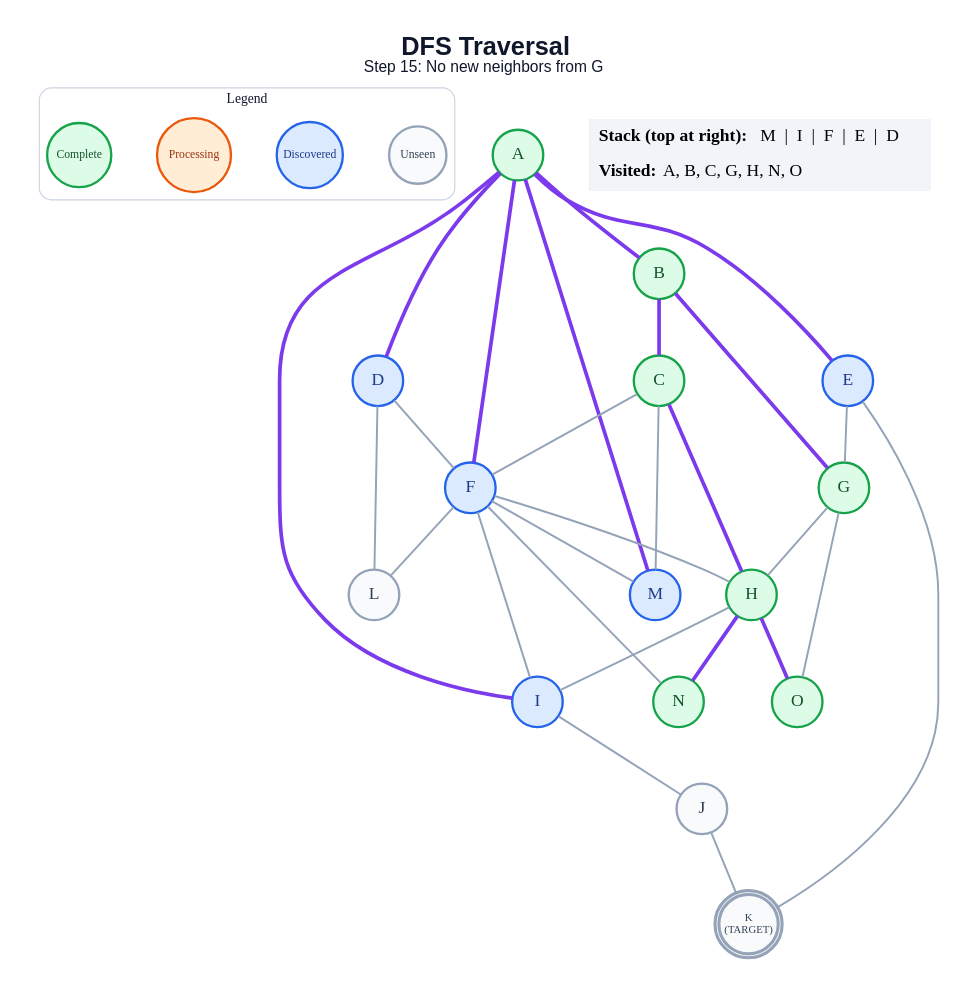
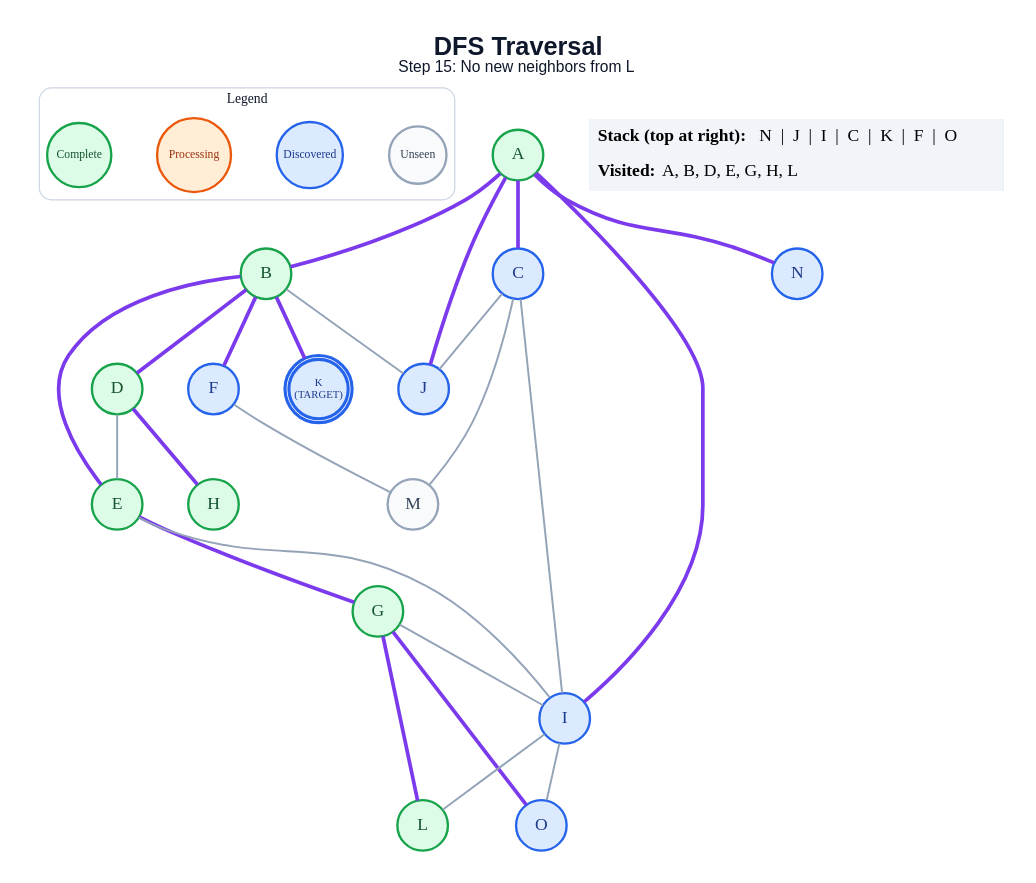
The diagram in generated/dfs/step_15.dot (anon7238593-create/ai-slop), drawn with Graphviz before and after one commit. The commit also changed 273 other files, not shown here.

```diff
--- a/generated/dfs/step_15.dot
+++ b/generated/dfs/step_15.dot
@@ -1,61 +1,57 @@
 graph traversal {
   graph [layout=dot, rankdir=TB, bgcolor="#FFFFFF", pad="0.35", nodesep="0.65", ranksep="0.8", fontname="Arial"];
   node [shape=circle, style="filled", fontname="Arial Bold", fontsize=18, width=0.72, fixedsize=true, penwidth=2.4];
   edge [color="#94A3B8", penwidth=2.0];
-  label=<<B>DFS Traversal</B><BR/><FONT POINT-SIZE="16">Step 15: No new neighbors from G</FONT>>; labelloc="t"; fontsize=26; fontname="Arial"; fontcolor="#0F172A";
+  label=<<B>DFS Traversal</B><BR/><FONT POINT-SIZE="16">Step 15: No new neighbors from L</FONT>>; labelloc="t"; fontsize=26; fontname="Arial"; fontcolor="#0F172A";
   subgraph cluster_legend { label="Legend"; color="#CBD5E1"; penwidth=1.2; style="rounded"; fontsize=14; fontname="Arial Bold";
     key_unseen [label="Unseen", fillcolor="#F8FAFC", color="#94A3B8", fontcolor="#334155", fontsize=12, width=0.82];
     key_frontier [label="Discovered", fillcolor="#DBEAFE", color="#2563EB", fontcolor="#1E3A8A", fontsize=12, width=0.95];
     key_current [label="Processing", fillcolor="#FFEDD5", color="#EA580C", fontcolor="#9A3412", fontsize=12, width=1.05];
     key_done [label="Complete", fillcolor="#DCFCE7", color="#16A34A", fontcolor="#14532D", fontsize=12, width=0.92];
     { rank=same; key_unseen; key_frontier; key_current; key_done; }
   }
   A [label="A", fillcolor="#DCFCE7", color="#16A34A", fontcolor="#14532D", peripheries=1, penwidth=2.4];
   B [label="B", fillcolor="#DCFCE7", color="#16A34A", fontcolor="#14532D", peripheries=1, penwidth=2.4];
-  C [label="C", fillcolor="#DCFCE7", color="#16A34A", fontcolor="#14532D", peripheries=1, penwidth=2.4];
-  D [label="D", fillcolor="#DBEAFE", color="#2563EB", fontcolor="#1E3A8A", peripheries=1, penwidth=2.4];
-  E [label="E", fillcolor="#DBEAFE", color="#2563EB", fontcolor="#1E3A8A", peripheries=1, penwidth=2.4];
+  C [label="C", fillcolor="#DBEAFE", color="#2563EB", fontcolor="#1E3A8A", peripheries=1, penwidth=2.4];
+  D [label="D", fillcolor="#DCFCE7", color="#16A34A", fontcolor="#14532D", peripheries=1, penwidth=2.4];
+  E [label="E", fillcolor="#DCFCE7", color="#16A34A", fontcolor="#14532D", peripheries=1, penwidth=2.4];
   F [label="F", fillcolor="#DBEAFE", color="#2563EB", fontcolor="#1E3A8A", peripheries=1, penwidth=2.4];
   G [label="G", fillcolor="#DCFCE7", color="#16A34A", fontcolor="#14532D", peripheries=1, penwidth=2.4];
   H [label="H", fillcolor="#DCFCE7", color="#16A34A", fontcolor="#14532D", peripheries=1, penwidth=2.4];
   I [label="I", fillcolor="#DBEAFE", color="#2563EB", fontcolor="#1E3A8A", peripheries=1, penwidth=2.4];
-  J [label="J", fillcolor="#F8FAFC", color="#94A3B8", fontcolor="#334155", peripheries=1, penwidth=2.4];
-  K [label="K\n(TARGET)", fillcolor="#F8FAFC", color="#94A3B8", fontcolor="#334155", peripheries=2, penwidth=3.2, fontsize=11, width=0.85, height=0.85];
-  L [label="L", fillcolor="#F8FAFC", color="#94A3B8", fontcolor="#334155", peripheries=1, penwidth=2.4];
-  M [label="M", fillcolor="#DBEAFE", color="#2563EB", fontcolor="#1E3A8A", peripheries=1, penwidth=2.4];
-  N [label="N", fillcolor="#DCFCE7", color="#16A34A", fontcolor="#14532D", peripheries=1, penwidth=2.4];
-  O [label="O", fillcolor="#DCFCE7", color="#16A34A", fontcolor="#14532D", peripheries=1, penwidth=2.4];
+  J [label="J", fillcolor="#DBEAFE", color="#2563EB", fontcolor="#1E3A8A", peripheries=1, penwidth=2.4];
+  K [label="K\n(TARGET)", fillcolor="#DBEAFE", color="#2563EB", fontcolor="#1E3A8A", peripheries=2, penwidth=3.2, fontsize=11, width=0.85, height=0.85];
+  L [label="L", fillcolor="#DCFCE7", color="#16A34A", fontcolor="#14532D", peripheries=1, penwidth=2.4];
+  M [label="M", fillcolor="#F8FAFC", color="#94A3B8", fontcolor="#334155", peripheries=1, penwidth=2.4];
+  N [label="N", fillcolor="#DBEAFE", color="#2563EB", fontcolor="#1E3A8A", peripheries=1, penwidth=2.4];
+  O [label="O", fillcolor="#DBEAFE", color="#2563EB", fontcolor="#1E3A8A", peripheries=1, penwidth=2.4];
   A -- B [color="#7C3AED", penwidth=3.8];
-  A -- D [color="#7C3AED", penwidth=3.8];
-  A -- E [color="#7C3AED", penwidth=3.8];
-  A -- F [color="#7C3AED", penwidth=3.8];
+  A -- C [color="#7C3AED", penwidth=3.8];
   A -- I [color="#7C3AED", penwidth=3.8];
-  A -- M [color="#7C3AED", penwidth=3.8];
-  B -- C [color="#7C3AED", penwidth=3.8];
-  B -- G [color="#7C3AED", penwidth=3.8];
-  C -- F;
-  C -- H [color="#7C3AED", penwidth=3.8];
+  A -- J [color="#7C3AED", penwidth=3.8];
+  A -- N [color="#7C3AED", penwidth=3.8];
+  B -- D [color="#7C3AED", penwidth=3.8];
+  B -- E [color="#7C3AED", penwidth=3.8];
+  B -- F [color="#7C3AED", penwidth=3.8];
+  B -- J;
+  B -- K [color="#7C3AED", penwidth=3.8];
+  C -- I;
+  C -- J;
   C -- M;
-  D -- F;
-  D -- L;
-  E -- G;
-  E -- K;
-  F -- H;
-  F -- I;
-  F -- L;
+  D -- E;
+  D -- H [color="#7C3AED", penwidth=3.8];
+  E -- G [color="#7C3AED", penwidth=3.8];
+  E -- I;
   F -- M;
-  F -- N;
-  G -- H;
-  G -- O;
-  H -- I;
-  H -- N [color="#7C3AED", penwidth=3.8];
-  H -- O [color="#7C3AED", penwidth=3.8];
-  I -- J;
-  J -- K;
+  G -- I;
+  G -- L [color="#7C3AED", penwidth=3.8];
+  G -- O [color="#7C3AED", penwidth=3.8];
+  I -- L;
+  I -- O;
   status [shape=plain, fixedsize=false, width=0, height=0, margin=0, label=<
     <TABLE BORDER="0" CELLBORDER="0" CELLPADDING="7" BGCOLOR="#F1F5F9">
-      <TR><TD ALIGN="LEFT"><B>Stack (top at right):</B> M  |  I  |  F  |  E  |  D</TD></TR>
-      <TR><TD ALIGN="LEFT"><B>Visited:</B> A, B, C, G, H, N, O</TD></TR>
+      <TR><TD ALIGN="LEFT"><B>Stack (top at right):</B> N  |  J  |  I  |  C  |  K  |  F  |  O</TD></TR>
+      <TR><TD ALIGN="LEFT"><B>Visited:</B> A, B, D, E, G, H, L</TD></TR>
     </TABLE>
   >];
 }
```
